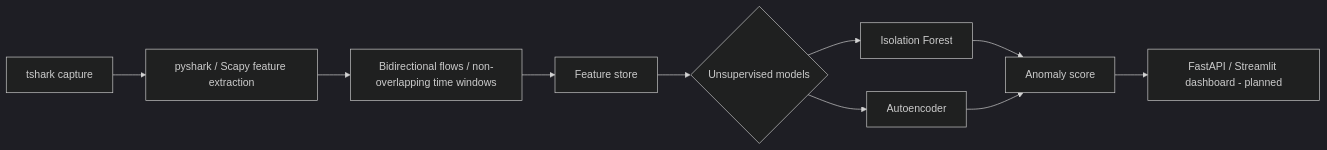
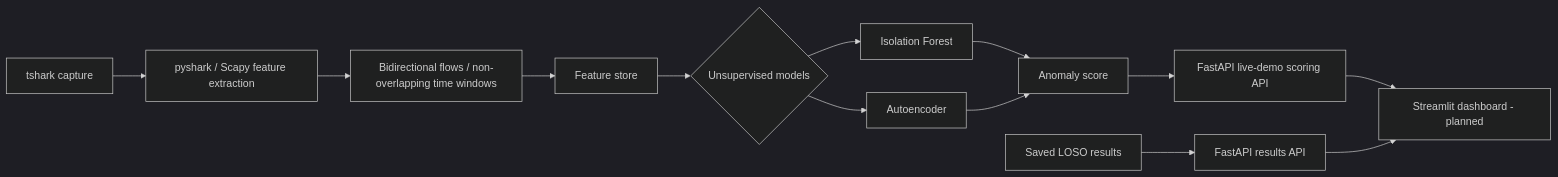
Before and after one commit to dev-rehaann/covertlens: the diagram in README.md, drawn with Mermaid (dark theme). The commit also changed other lines of this file and 11 other files, not shown here.

Commit message:
feat: add LOSO results and final-model scoring API

````diff
--- a/README.md
+++ b/README.md
@@ -35,12 +35,15 @@
 ```mermaid
 flowchart LR
     A[tshark capture] --> B[pyshark / Scapy feature extraction]
     B --> W[Bidirectional flows / non-overlapping time windows]
     W --> C[Feature store]
     C --> D{Unsupervised models}
     D --> E[Isolation Forest]
     D --> F[Autoencoder]
     E --> G[Anomaly score]
     F --> G
-    G --> H[FastAPI / Streamlit dashboard - planned]
+    G --> H[FastAPI live-demo scoring API]
+    R[Saved LOSO results] --> V[FastAPI results API]
+    H --> K[Streamlit dashboard - planned]
+    V --> K
 ```
````
